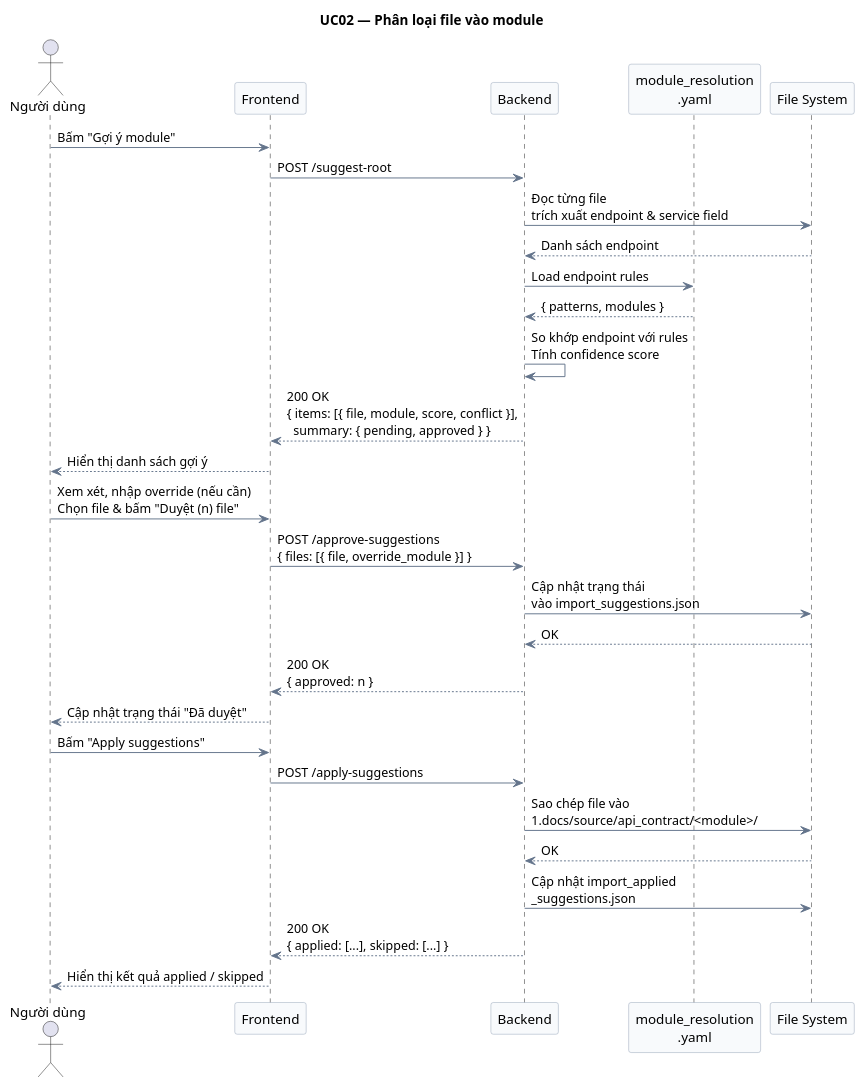
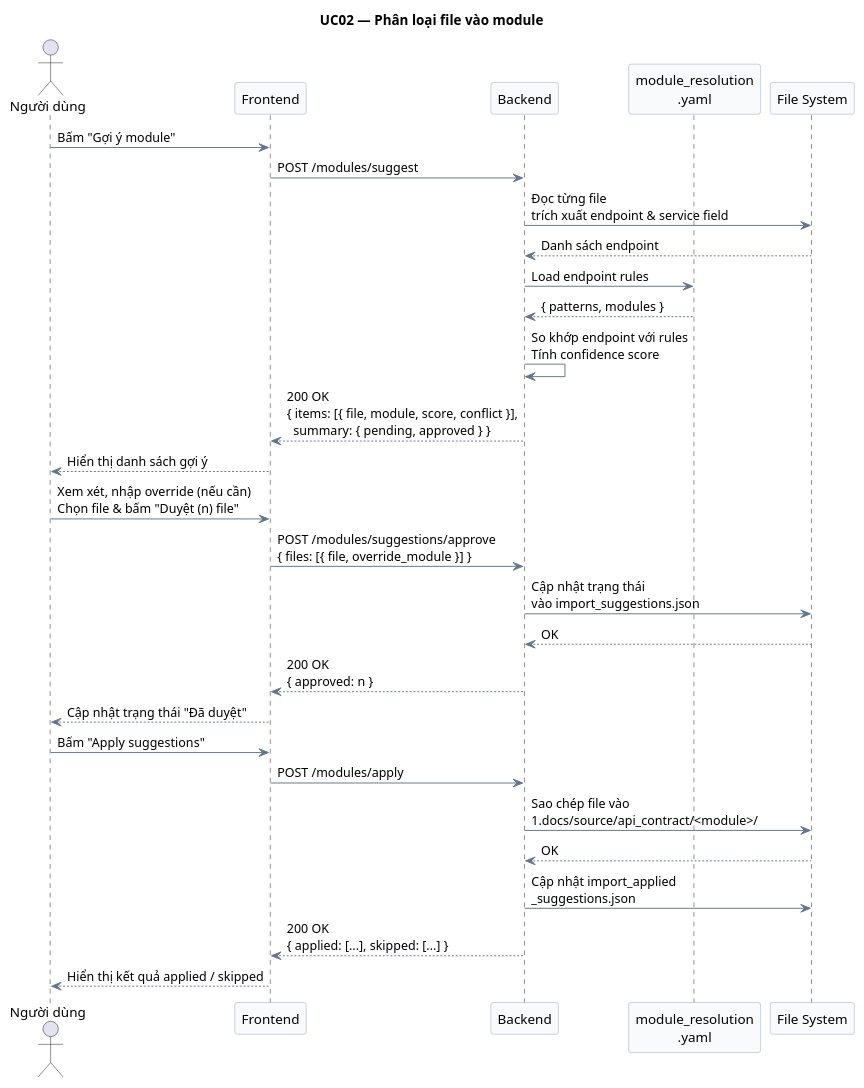
Before and after one commit to DuyTon666/API-CONVERTER: the diagram in docs/sequence/UC02_sequence.puml, drawn with PlantUML. The commit also changed 80 other files, not shown here.

```diff
--- a/docs/sequence/UC02_sequence.puml
+++ b/docs/sequence/UC02_sequence.puml
@@ -1,45 +1,45 @@
 @startuml UC02_PhanLoaiFileVaoModule
 skinparam SequenceArrowColor #64748B
 skinparam SequenceBoxBorderColor #CBD5E1
 skinparam ParticipantBackgroundColor #F8FAFC
 skinparam ParticipantBorderColor #94A3B8
 
 title UC02 — Phân loại file vào module
 
 actor "Người dùng" as User
 participant "Frontend" as FE
 participant "Backend" as BE
 participant "module_resolution\n.yaml" as Config
 participant "File System" as FS
 
 User -> FE: Bấm "Gợi ý module"
-FE -> BE: POST /suggest-root
+FE -> BE: POST /modules/suggest
 
 BE -> FS: Đọc từng file\ntrích xuất endpoint & service field
 FS --> BE: Danh sách endpoint
 
 BE -> Config: Load endpoint rules
 Config --> BE: { patterns, modules }
 
 BE -> BE: So khớp endpoint với rules\nTính confidence score
 BE --> FE: 200 OK\n{ items: [{ file, module, score, conflict }],\n  summary: { pending, approved } }
 FE --> User: Hiển thị danh sách gợi ý
 
 User -> FE: Xem xét, nhập override (nếu cần)\nChọn file & bấm "Duyệt (n) file"
-FE -> BE: POST /approve-suggestions\n{ files: [{ file, override_module }] }
+FE -> BE: POST /modules/suggestions/approve\n{ files: [{ file, override_module }] }
 
 BE -> FS: Cập nhật trạng thái\nvào import_suggestions.json
 FS --> BE: OK
 BE --> FE: 200 OK\n{ approved: n }
 FE --> User: Cập nhật trạng thái "Đã duyệt"
 
 User -> FE: Bấm "Apply suggestions"
-FE -> BE: POST /apply-suggestions
+FE -> BE: POST /modules/apply
 
 BE -> FS: Sao chép file vào\n1.docs/source/api_contract/<module>/
 FS --> BE: OK
 BE -> FS: Cập nhật import_applied\n_suggestions.json
 BE --> FE: 200 OK\n{ applied: [...], skipped: [...] }
 FE --> User: Hiển thị kết quả applied / skipped
 
 @enduml
```
